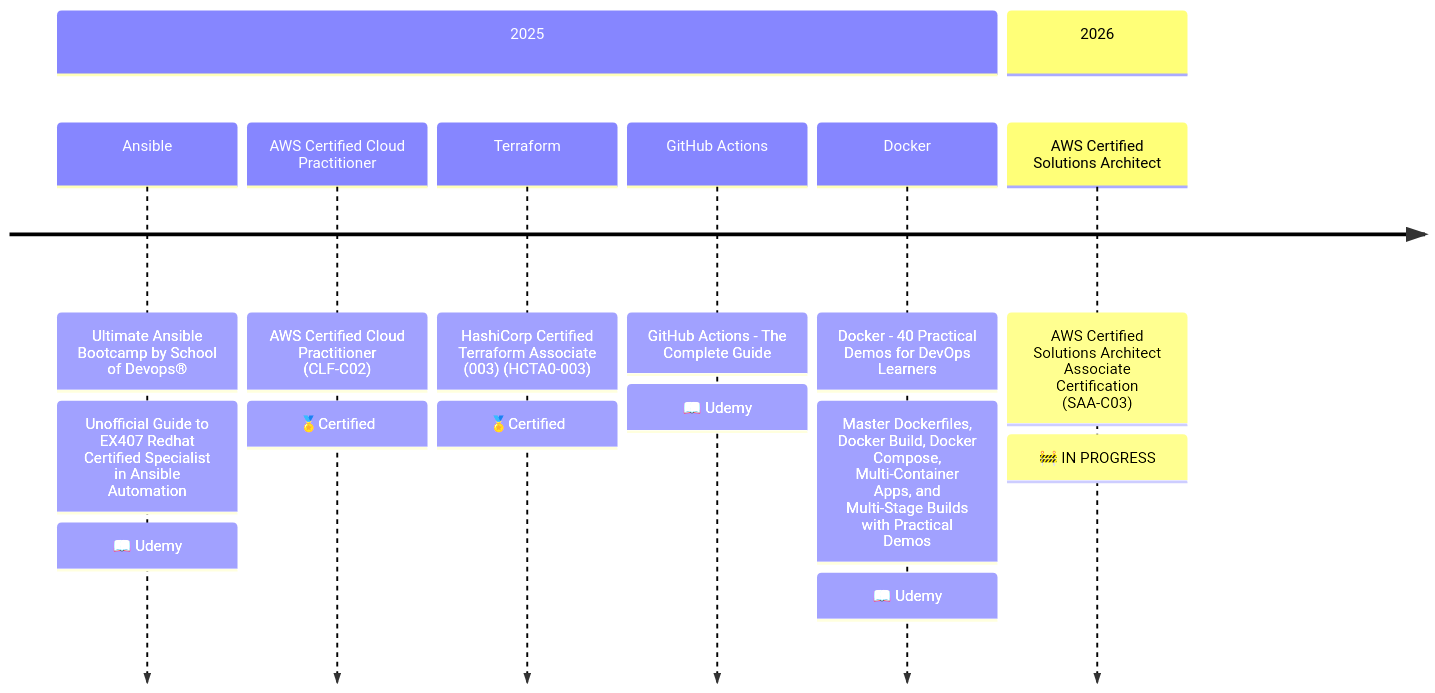
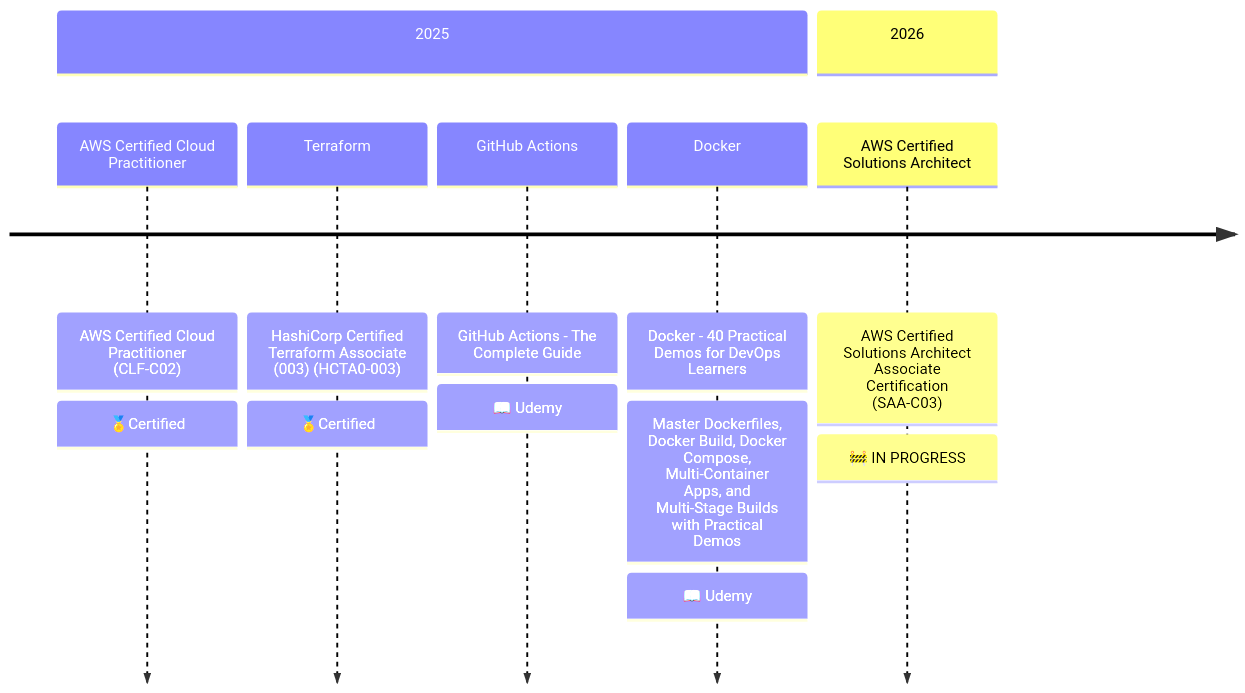
One commit to rtdevx/rtdevx.github.io changed the diagram in content/about.md. Above: the diagram before and after it, drawn with Mermaid.

Commit message:
Obsidian sync: 2025-12-09 23:09:39

```diff
--- a/content/about.md
+++ b/content/about.md
@@ -63,11 +63,10 @@
 {{< mermaid >}}
 timeline
-        section 2025
-          Ansible : Ultimate Ansible Bootcamp by School of Devops® : Unofficial Guide to EX407 Redhat Certified Specialist in Ansible Automation : 📖 Udemy
+        section 2025          
           AWS Certified Cloud Practitioner : AWS Certified Cloud Practitioner (CLF-C02) : 🏅Certified
           Terraform : HashiCorp Certified Terraform Associate (003) (HCTA0-003) : 🏅Certified
           GitHub Actions : GitHub Actions - The Complete Guide : 📖 Udemy
           Docker : Docker - 40 Practical Demos for DevOps Learners : Master Dockerfiles, Docker Build, Docker Compose, Multi-Container Apps, and Multi-Stage Builds with Practical Demos : 📖 Udemy
         section 2026
           AWS Certified Solutions Architect : AWS Certified Solutions Architect Associate Certification (SAA-C03) : 🚧 IN PROGRESS
 {{< /mermaid >}}
```
